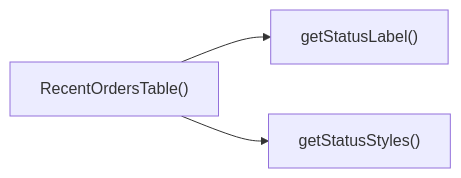
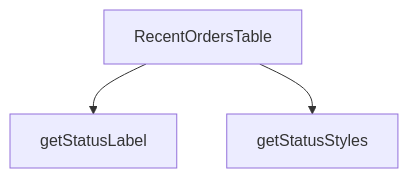
Before and after one commit to peckop/venthub-hvac-esite: the diagram in src/components/admin/dashboard/RecentOrdersTable.md, drawn with Mermaid. The commit also changed other lines of this file and 488 other files, not shown here.

````diff
--- a/src/components/admin/dashboard/RecentOrdersTable.md
+++ b/src/components/admin/dashboard/RecentOrdersTable.md
@@ -172,5 +92,8 @@
 ```mermaid
-graph LR
-    RecentOrdersTable["RecentOrdersTable()"] --> getStatusLabel["getStatusLabel()"]
-    RecentOrdersTable["RecentOrdersTable()"] --> getStatusStyles["getStatusStyles()"]
+graph TD
+    RecentOrdersTable_tsx__RecentOrdersTable["RecentOrdersTable"]
+    RecentOrdersTable_tsx__getStatusLabel["getStatusLabel"]
+    RecentOrdersTable_tsx__getStatusStyles["getStatusStyles"]
+    RecentOrdersTable_tsx__RecentOrdersTable --> RecentOrdersTable_tsx__getStatusLabel
+    RecentOrdersTable_tsx__RecentOrdersTable --> RecentOrdersTable_tsx__getStatusStyles
 ```
````
